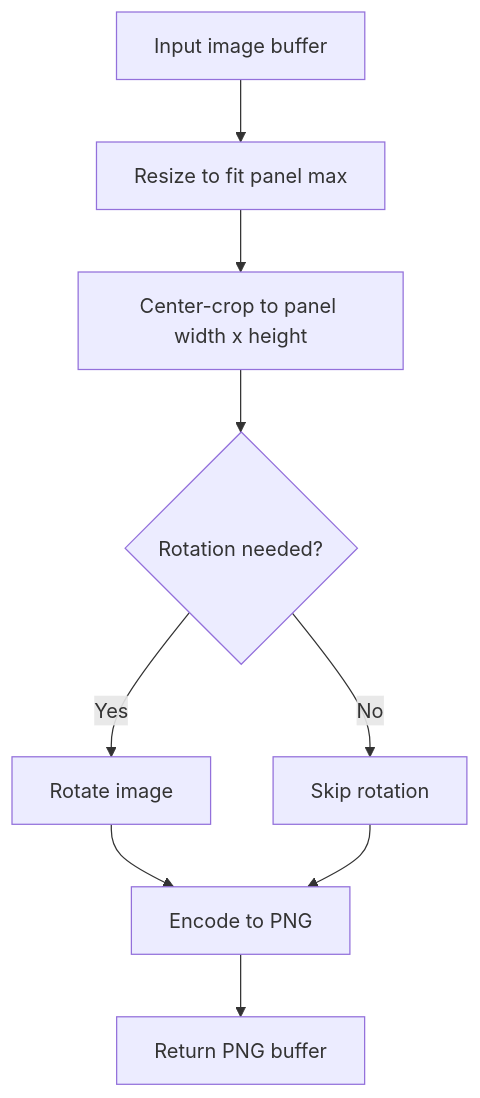
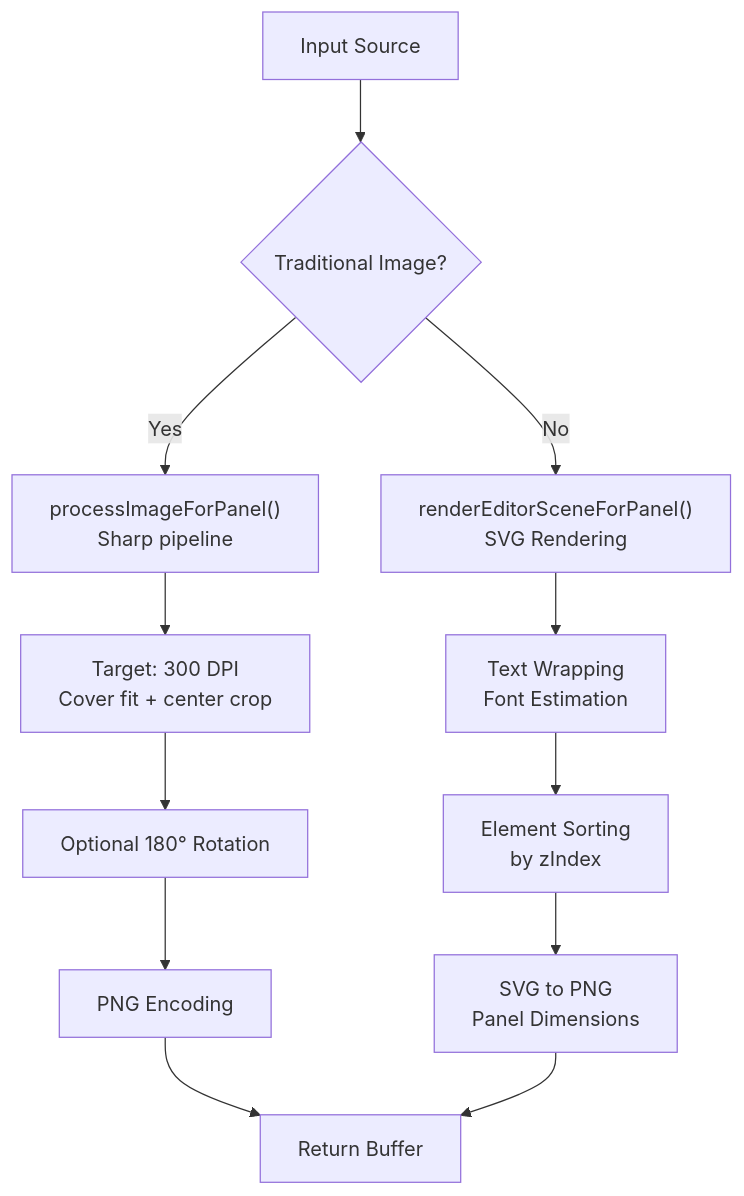
The fifth of 8 diagrams in .qoder/repowiki/en/content/PDF Generation Engine/PDF Generation Engine.md (Crowdspender/titchybooks-app), drawn with Mermaid before and after one commit. The commit also changed other lines of this file and 62 other files, not shown here.

````diff
--- a/.qoder/repowiki/en/content/PDF Generation Engine/PDF Generation Engine.md
+++ b/.qoder/repowiki/en/content/PDF Generation Engine/PDF Generation Engine.md
@@ -172,11 +276,14 @@
 ```mermaid
 flowchart TD
-A["Input image buffer"] --> B["Resize to fit panel max"]
-B --> C["Center-crop to panel width x height"]
-C --> D{"Rotation needed?"}
-D --> |Yes| E["Rotate image"]
-D --> |No| F["Skip rotation"]
-E --> G["Encode to PNG"]
-F --> G
-G --> H["Return PNG buffer"]
+A["Input Source"] --> B{"Traditional Image?"}
+B --> |Yes| C["processImageForPanel()<br/>Sharp pipeline"]
+C --> D["Target: 300 DPI<br/>Cover fit + center crop"]
+D --> E["Optional 180° Rotation"]
+E --> F["PNG Encoding"]
+B --> |No| G["renderEditorSceneForPanel()<br/>SVG Rendering"]
+G --> H["Text Wrapping<br/>Font Estimation"]
+H --> I["Element Sorting<br/>by zIndex"]
+I --> J["SVG to PNG<br/>Panel Dimensions"]
+F --> K["Return Buffer"]
+J --> K
 ```
````
